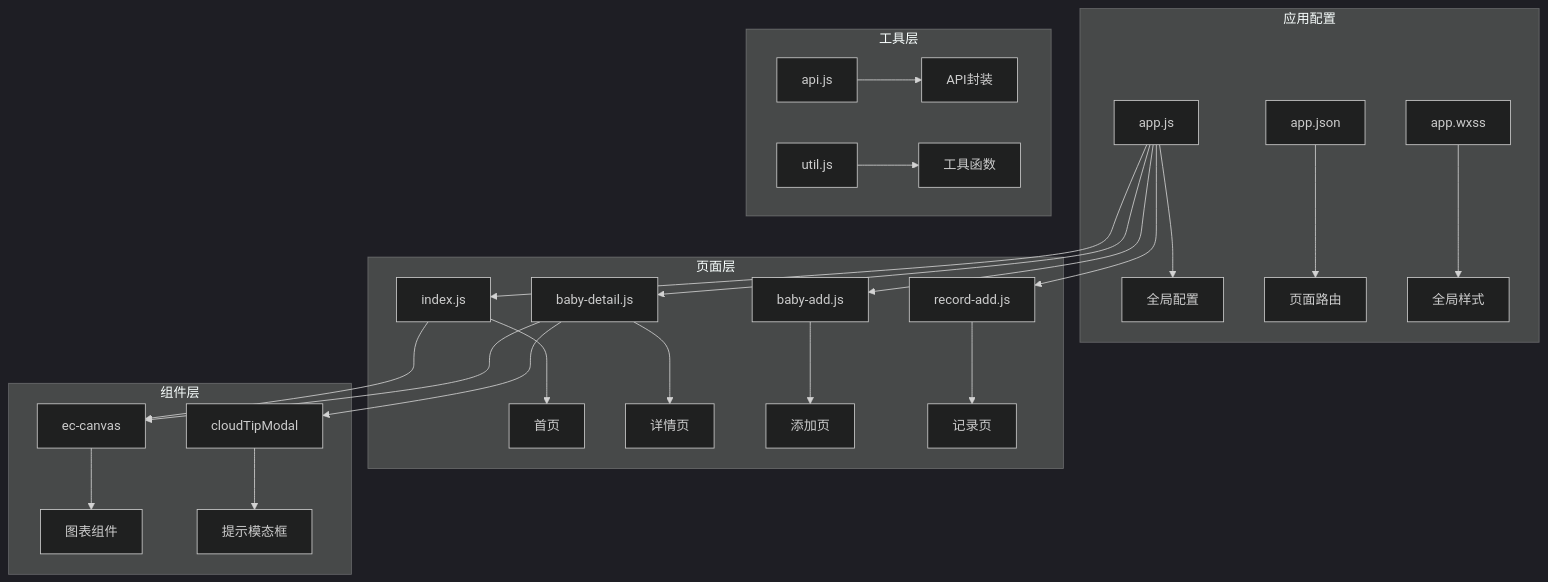
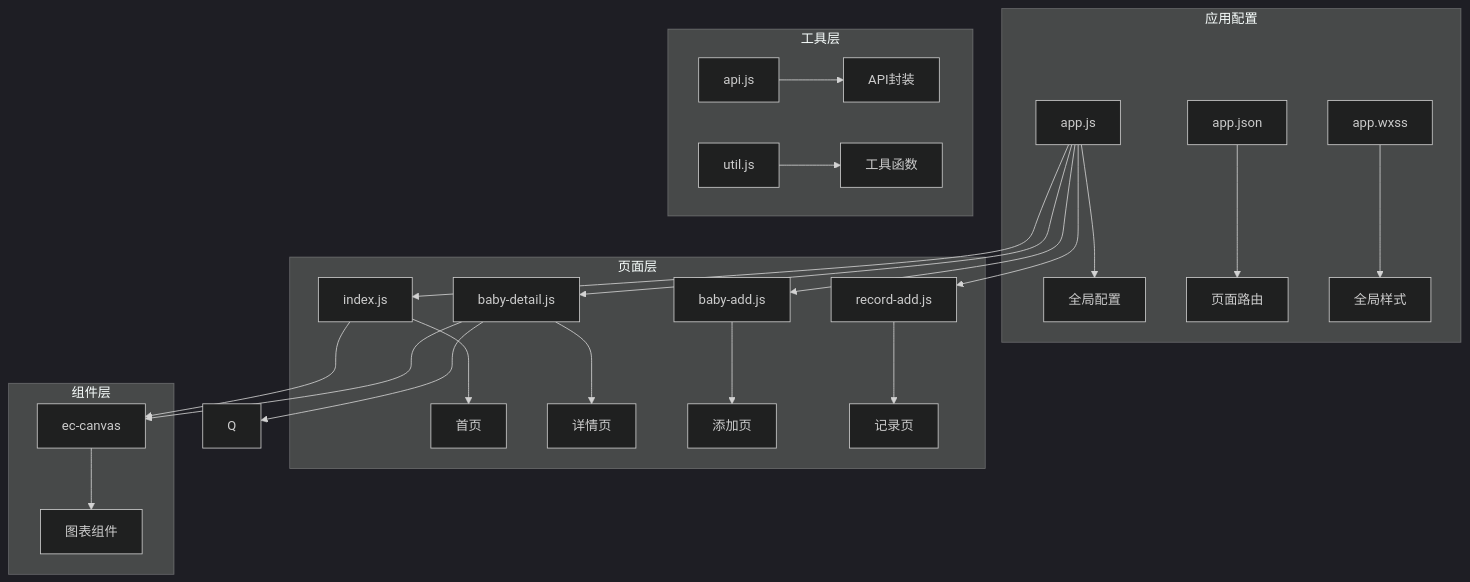
One commit to zhangxin19911211-creator/Project_BabyAssistant changed the first of 8 diagrams in .qoder/repowiki/zh/content/Ui Enhancements.md. Above: the diagram before and after it, drawn with Mermaid (dark theme). The commit also changed other lines of this file and 3 other files, not shown here.

````diff
--- a/.qoder/repowiki/zh/content/Ui Enhancements.md
+++ b/.qoder/repowiki/zh/content/Ui Enhancements.md
@@ -48,29 +56,28 @@
 ```mermaid
 graph TB
 subgraph "应用配置"
 A[app.js] --> B[全局配置]
 C[app.json] --> D[页面路由]
 E[app.wxss] --> F[全局样式]
 end
 subgraph "页面层"
 G[index.js] --> H[首页]
 I[baby-detail.js] --> J[详情页]
 K[baby-add.js] --> L[添加页]
 M[record-add.js] --> N[记录页]
 end
 subgraph "组件层"
 O[ec-canvas] --> P[图表组件]
-Q[cloudTipModal] --> R[提示模态框]
 end
 subgraph "工具层"
 S[api.js] --> T[API封装]
 U[util.js] --> V[工具函数]
 end
 A --> G
 A --> I
 A --> K
 A --> M
 G --> O
 I --> O
 I --> Q
 ```
````
